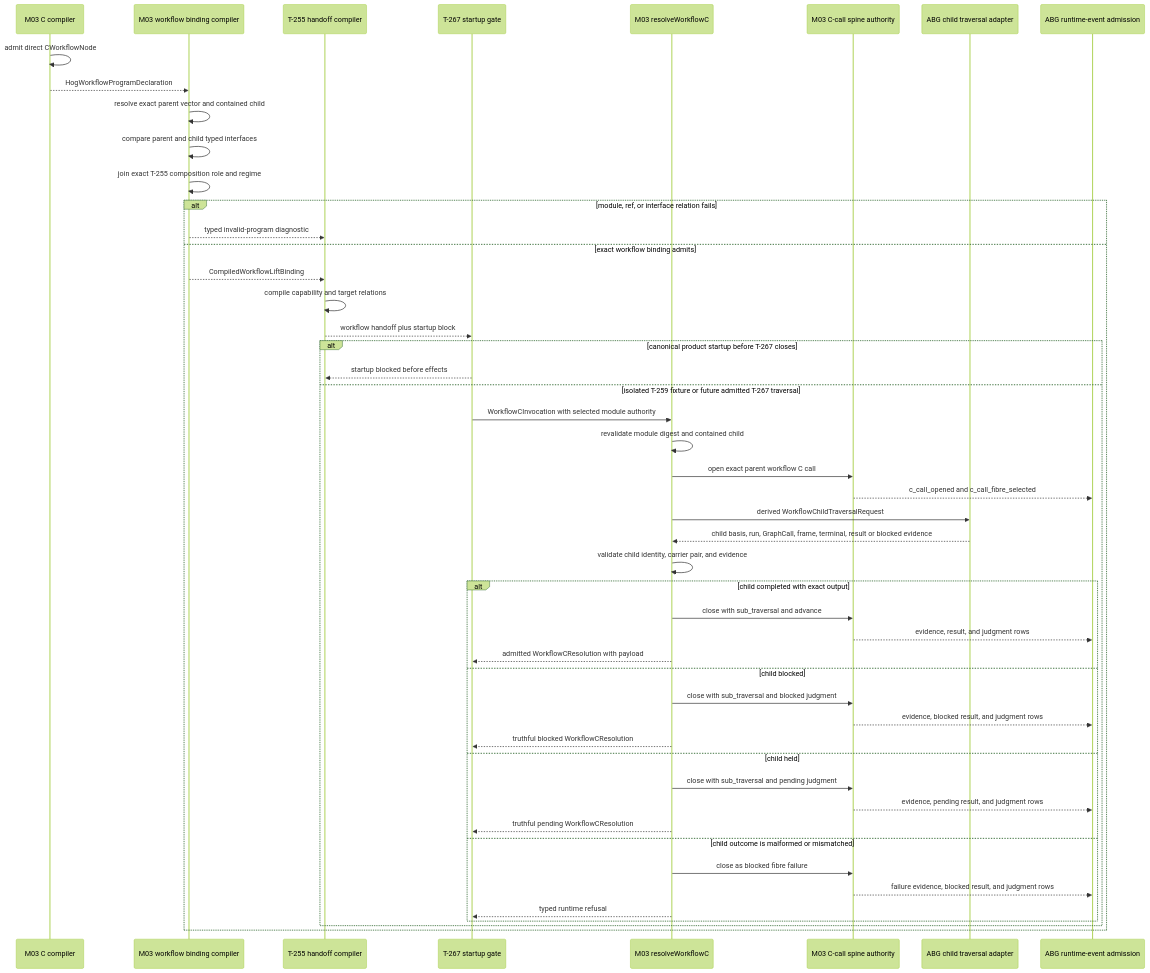
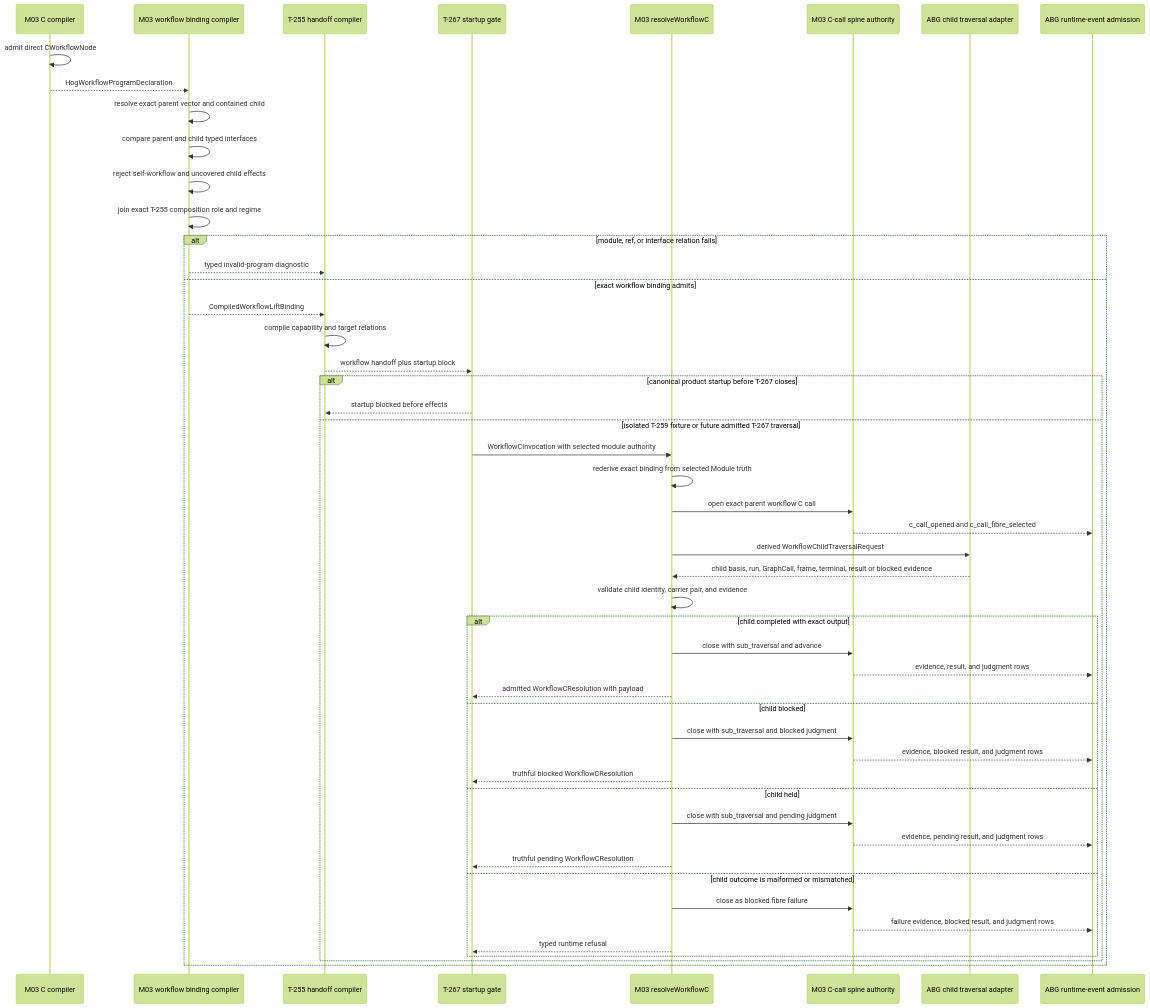
The second of 3 diagrams in build_tenants/abiogenesis/typescript/design/M03_WORKFLOW_C_RUNTIME_BEHAVIOR_DESIGN.md (foolishimp/abiogenesis), drawn with Mermaid (forest theme) before and after one commit. The commit also changed other lines of this file and 30 other files, not shown here.

````diff
--- a/build_tenants/abiogenesis/typescript/design/M03_WORKFLOW_C_RUNTIME_BEHAVIOR_DESIGN.md
+++ b/build_tenants/abiogenesis/typescript/design/M03_WORKFLOW_C_RUNTIME_BEHAVIOR_DESIGN.md
@@ -354,52 +384,53 @@
 ```mermaid
 sequenceDiagram
   participant Compiler as M03 C compiler
   participant Binder as M03 workflow binding compiler
   participant Handoff as T-255 handoff compiler
   participant Gate as T-267 startup gate
   participant Resolver as M03 resolveWorkflowC
   participant Spine as M03 C-call spine authority
   participant Child as ABG child traversal adapter
   participant Events as ABG runtime-event admission
 
   Compiler->>Compiler: admit direct CWorkflowNode
   Compiler-->>Binder: HogWorkflowProgramDeclaration
   Binder->>Binder: resolve exact parent vector and contained child
   Binder->>Binder: compare parent and child typed interfaces
+  Binder->>Binder: reject self-workflow and uncovered child effects
   Binder->>Binder: join exact T-255 composition role and regime
   alt module, ref, or interface relation fails
     Binder-->>Handoff: typed invalid-program diagnostic
   else exact workflow binding admits
     Binder-->>Handoff: CompiledWorkflowLiftBinding
     Handoff->>Handoff: compile capability and target relations
     Handoff-->>Gate: workflow handoff plus startup block
     alt canonical product startup before T-267 closes
       Gate-->>Handoff: startup blocked before effects
     else isolated T-259 fixture or future admitted T-267 traversal
       Gate->>Resolver: WorkflowCInvocation with selected module authority
-      Resolver->>Resolver: revalidate module digest and contained child
+      Resolver->>Resolver: rederive exact binding from selected Module truth
       Resolver->>Spine: open exact parent workflow C call
       Spine-->>Events: c_call_opened and c_call_fibre_selected
       Resolver->>Child: derived WorkflowChildTraversalRequest
       Child-->>Resolver: child basis, run, GraphCall, frame, terminal, result or blocked evidence
       Resolver->>Resolver: validate child identity, carrier pair, and evidence
       alt child completed with exact output
         Resolver->>Spine: close with sub_traversal and advance
         Spine-->>Events: evidence, result, and judgment rows
         Resolver-->>Gate: admitted WorkflowCResolution with payload
       else child blocked
         Resolver->>Spine: close with sub_traversal and blocked judgment
         Spine-->>Events: evidence, blocked result, and judgment rows
         Resolver-->>Gate: truthful blocked WorkflowCResolution
       else child held
         Resolver->>Spine: close with sub_traversal and pending judgment
         Spine-->>Events: evidence, pending result, and judgment rows
         Resolver-->>Gate: truthful pending WorkflowCResolution
       else child outcome is malformed or mismatched
         Resolver->>Spine: close as blocked fibre failure
         Spine-->>Events: failure evidence, blocked result, and judgment rows
         Resolver-->>Gate: typed runtime refusal
       end
     end
   end
 ```
````
